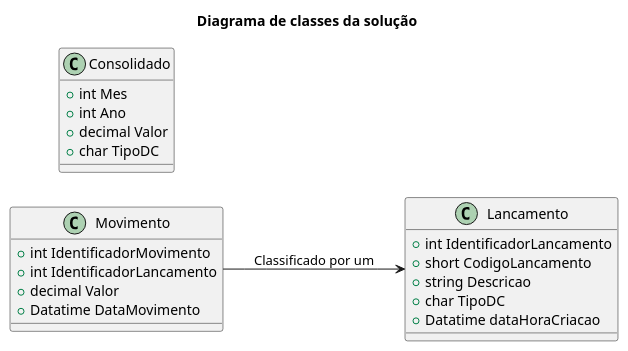
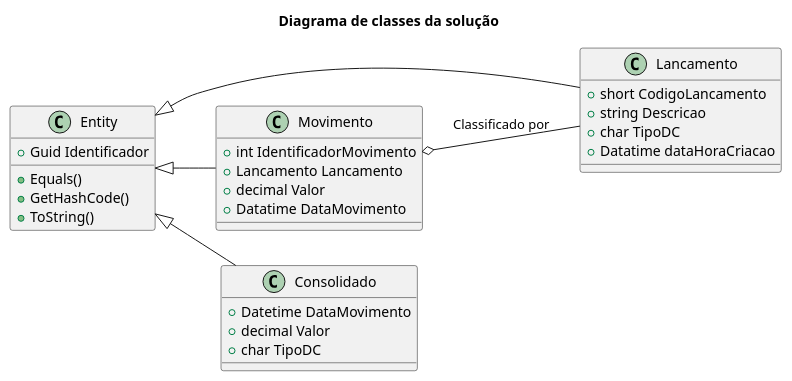
The diagram in specifications/diagram/fluxo-caixa-class.plantuml (rodriguescarlos/fluxocaixa), drawn with PlantUML before and after one commit. The commit also changed 52 other files, not shown here.

Commit message:
criar-serviço-controle-caixa - Criado handler para controle de - Ajuste diagramas - Criada migrations - Criacao scripts para alimentar tabelas

```diff
--- a/specifications/diagram/fluxo-caixa-class.plantuml
+++ b/specifications/diagram/fluxo-caixa-class.plantuml
@@ -1,30 +1,39 @@
 @startuml Fluxo de caixa
 title Diagrama de classes da solução
 left to right direction
 skinparam shadowing false
 
+class Entity{
+    +Guid Identificador
+
+    +Equals()
+    +GetHashCode()
+    +ToString()
+} 
+
 class Lancamento{
-    +int IdentificadorLancamento
     +short CodigoLancamento
     +string Descricao
     +char TipoDC
     +Datatime dataHoraCriacao
 }
 
 class Movimento{
     +int IdentificadorMovimento
-    +int IdentificadorLancamento
+    +Lancamento Lancamento
     +decimal Valor
     +Datatime DataMovimento
 }
 
 class Consolidado{
-    +int Mes
-    +int Ano
+    +Datetime DataMovimento
     +decimal Valor
     +char TipoDC 
 }
 
-Movimento --> Lancamento : Classificado por um
+Movimento o-- Lancamento : Classificado por
+Entity <|-- Lancamento
+Entity <|-- Movimento
+Entity <|-- Consolidado
 
 @enduml
```
